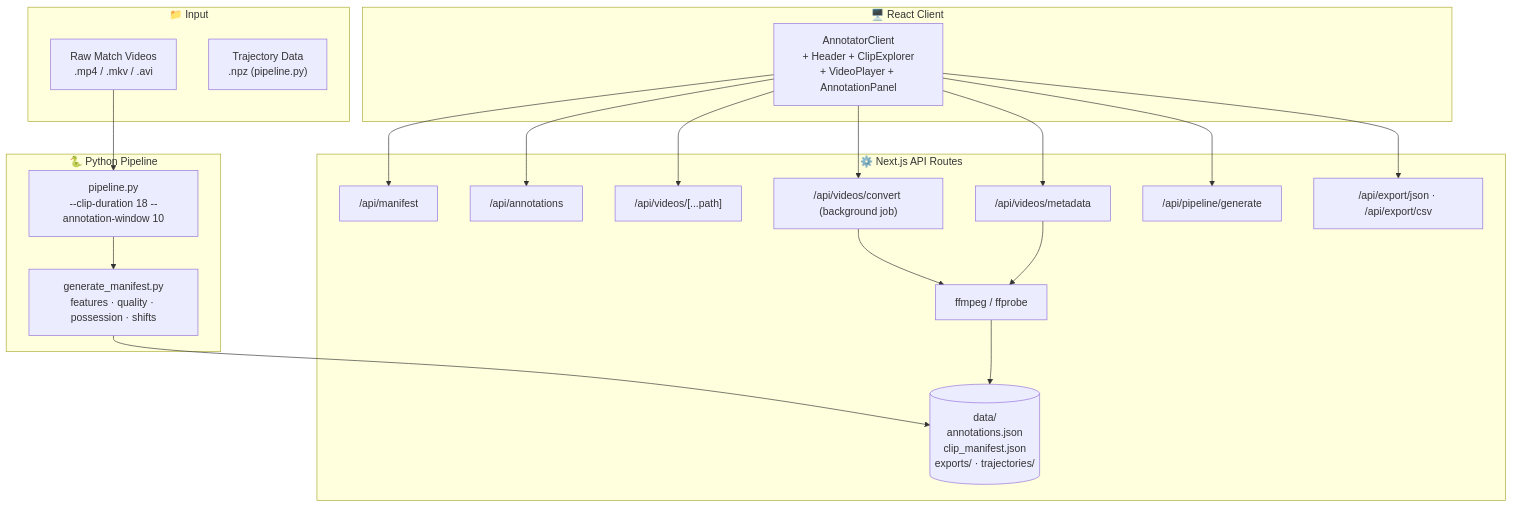
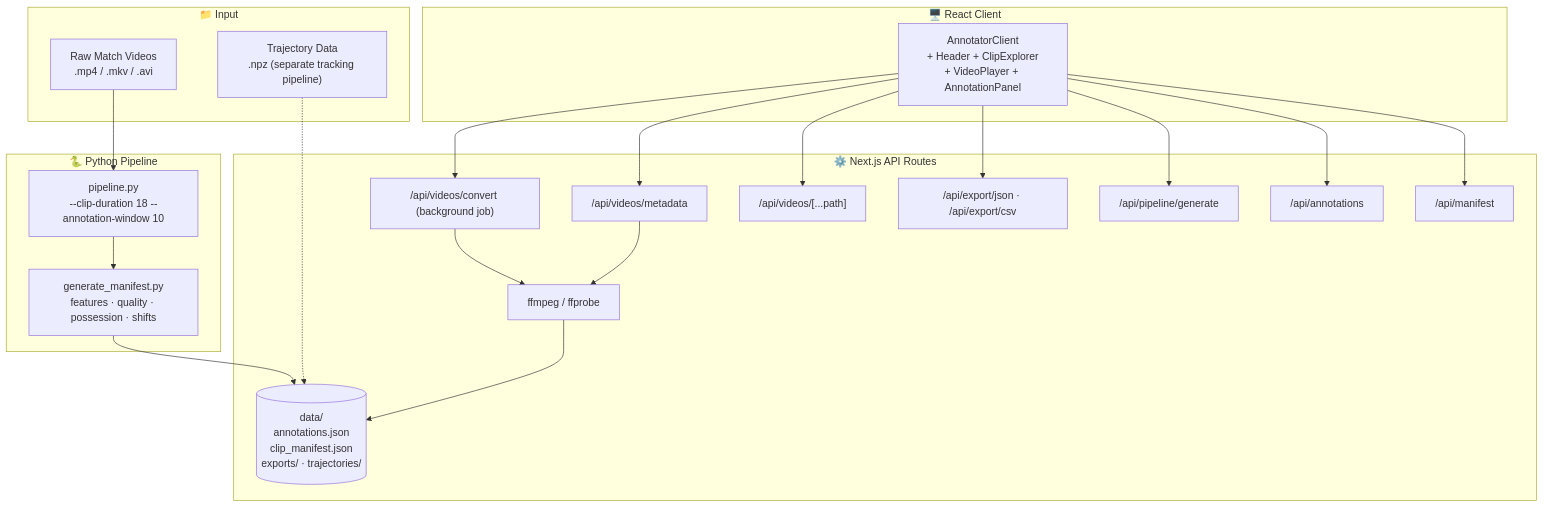
Before and after one commit to shafayatsaad/TACTIC_FP-Annotator: the diagram in README.md, drawn with Mermaid. The commit also changed other lines of this file, not shown here.

````diff
--- a/README.md
+++ b/README.md
@@ -101,34 +103,35 @@
 ```mermaid
 flowchart TD
   subgraph Source["📁 Input"]
     RawVideos["Raw Match Videos\n.mp4 / .mkv / .avi"]
-    Trajectories["Trajectory Data\n.npz (pipeline.py)"]
+    Trajectories["Trajectory Data\n.npz (separate tracking pipeline)"]
   end
 
   subgraph Pipeline["🐍 Python Pipeline"]
     ClipGen["pipeline.py\n--clip-duration 18 --annotation-window 10"]
     Helpers["generate_manifest.py\nfeatures · quality · possession · shifts"]
   end
 
   subgraph Backend["⚙️ Next.js API Routes"]
     ManifestAPI["/api/manifest"]
     AnnotAPI["/api/annotations"]
     VideoAPI["/api/videos/[...path]"]
     MetaAPI["/api/videos/metadata"]
     ConvertAPI["/api/videos/convert (background job)"]
     PipeAPI["/api/pipeline/generate"]
     ExportAPI["/api/export/json · /api/export/csv"]
     Storage[("data/\nannotations.json\nclip_manifest.json\nexports/ · trajectories/")]
     FFmpeg["ffmpeg / ffprobe"]
   end
 
   subgraph Frontend["🖥️ React Client"]
     App["AnnotatorClient\n+ Header + ClipExplorer\n+ VideoPlayer + AnnotationPanel"]
   end
 
+  Trajectories -.-> Storage
   RawVideos --> ClipGen --> Helpers --> Storage
   App --> ManifestAPI & AnnotAPI & PipeAPI & ExportAPI
   App --> VideoAPI & MetaAPI & ConvertAPI
   ConvertAPI --> FFmpeg --> Storage
   MetaAPI --> FFmpeg
 ```
````
